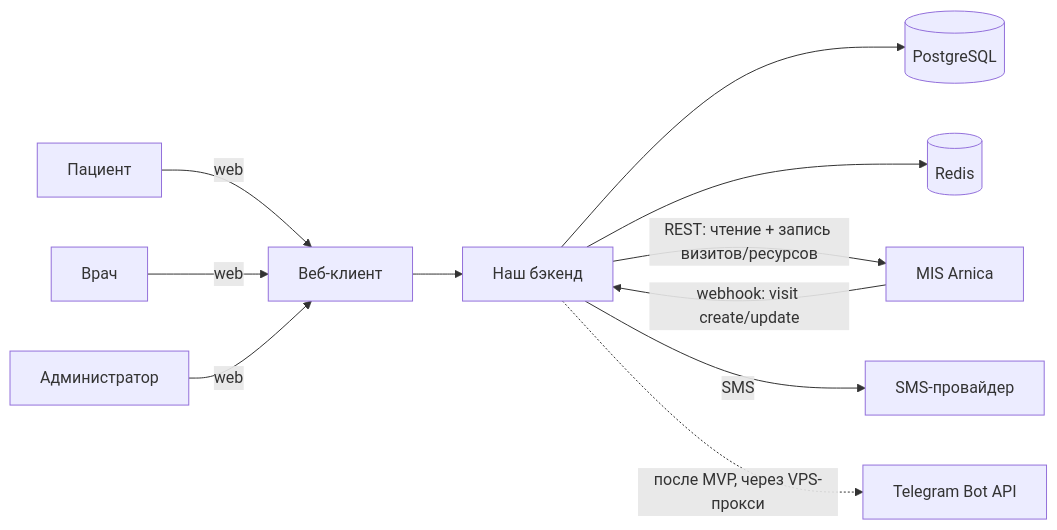
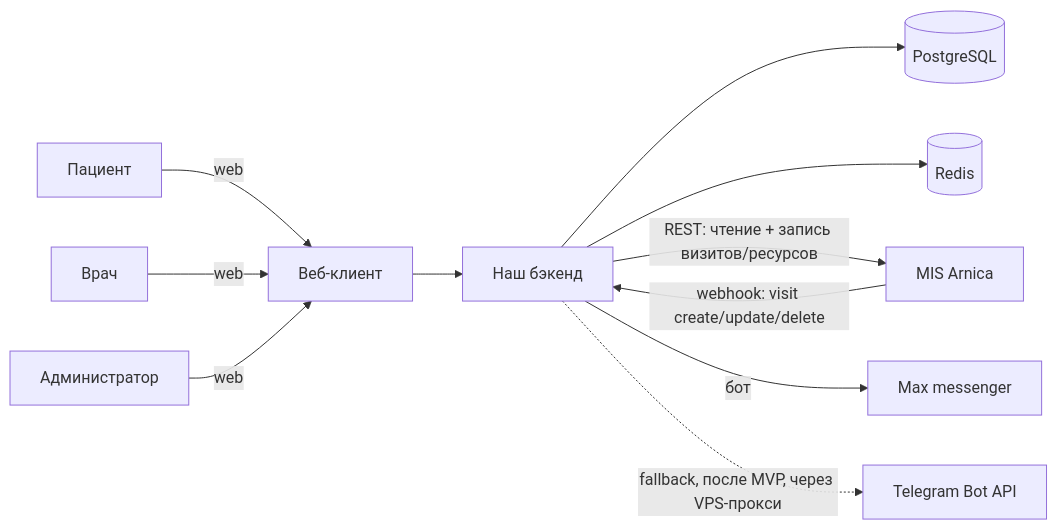
Before and after one commit to AlexeyKrutyakov/feya3663: the diagram in docs/03-architecture.md, drawn with Mermaid. The commit also changed other lines of this file and 7 other files, not shown here.

````diff
--- a/docs/03-architecture.md
+++ b/docs/03-architecture.md
@@ -18,13 +18,13 @@
 ```mermaid
 flowchart LR
     Patient[Пациент] -->|web| FE[Веб-клиент]
     Doctor[Врач] -->|web| FE
     Admin[Администратор] -->|web| FE
     FE --> API[Наш бэкенд]
     API --> DB[(PostgreSQL)]
     API --> Cache[(Redis)]
     API -->|REST: чтение + запись визитов/ресурсов| MIS[MIS Arnica]
-    MIS -->|webhook: visit create/update| API
-    API -->|SMS| SMS[SMS-провайдер]
-    API -.->|после MVP, через VPS-прокси| TG[Telegram Bot API]
+    MIS -->|webhook: visit create/update/delete| API
+    API -->|бот| MAX[Max messenger]
+    API -.->|fallback, после MVP, через VPS-прокси| TG[Telegram Bot API]
 ```
````
